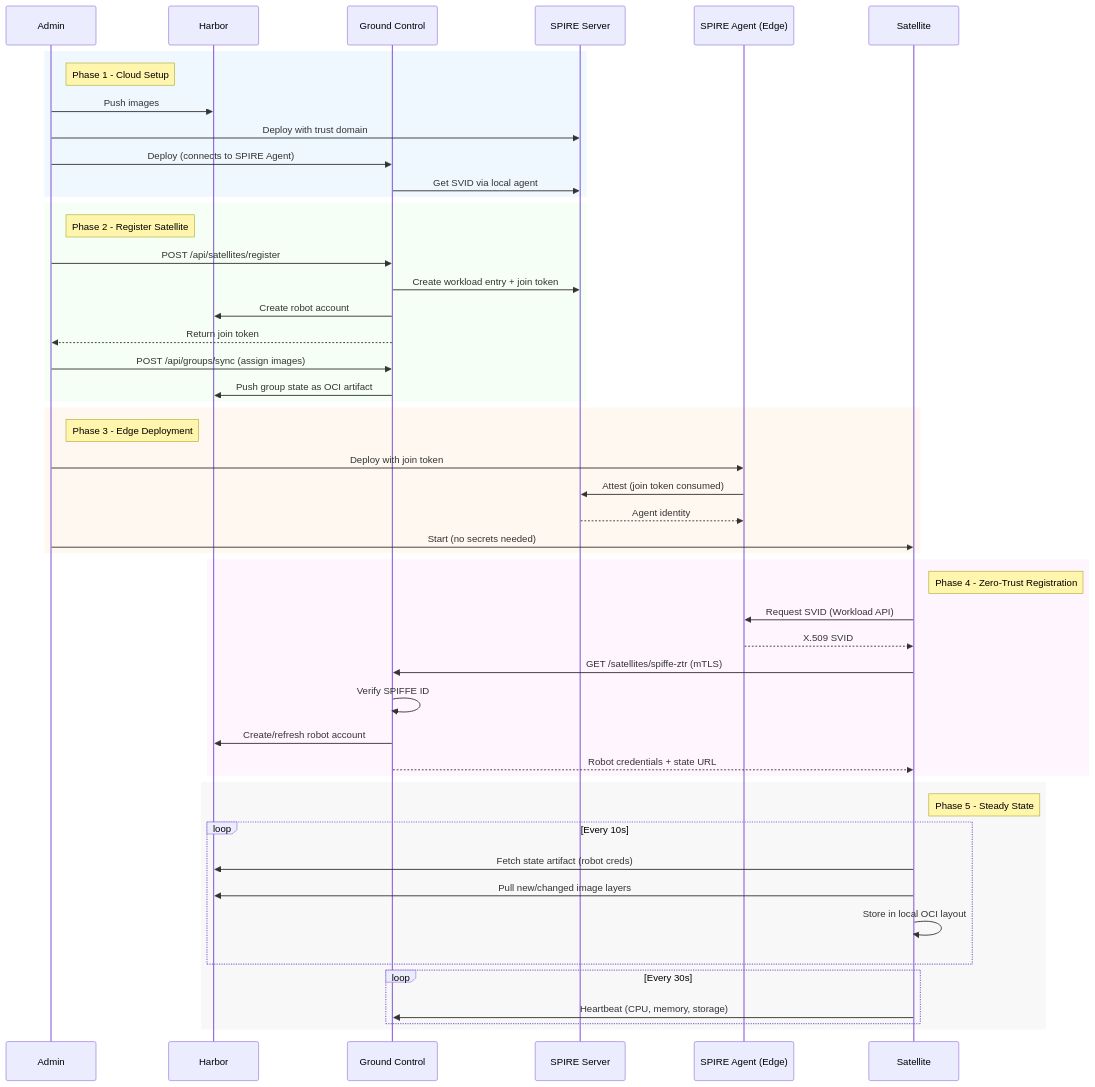
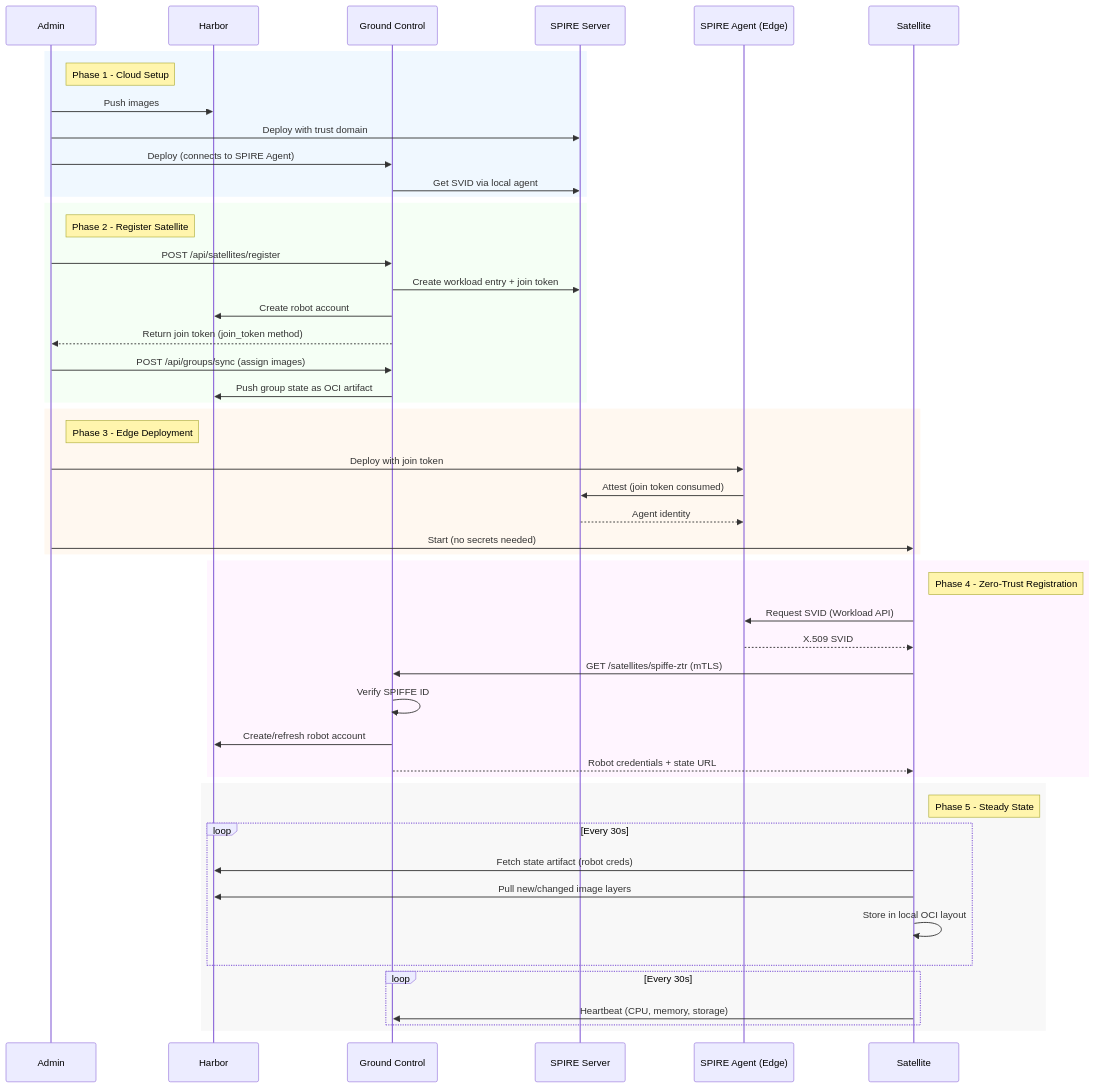
One commit to container-registry/harbor-satellite changed the second of 2 diagrams in website/content/docs/architecture.md. Above: the diagram before and after it, drawn with Mermaid. The commit also changed other lines of this file and 30 other files, not shown here.

````diff
--- a/website/content/docs/architecture.md
+++ b/website/content/docs/architecture.md
@@ -311,57 +319,57 @@
 ```mermaid
 sequenceDiagram
     participant Admin
     participant Harbor
     participant GC as Ground Control
     participant SpireServer as SPIRE Server
     participant SpireAgentSat as SPIRE Agent (Edge)
     participant Satellite
 
     rect rgb(240, 248, 255)
     note right of Admin: Phase 1 - Cloud Setup
     Admin->>Harbor: Push images
     Admin->>SpireServer: Deploy with trust domain
     Admin->>GC: Deploy (connects to SPIRE Agent)
     GC->>SpireServer: Get SVID via local agent
     end
 
     rect rgb(245, 255, 245)
     note right of Admin: Phase 2 - Register Satellite
     Admin->>GC: POST /api/satellites/register
     GC->>SpireServer: Create workload entry + join token
     GC->>Harbor: Create robot account
-    GC-->>Admin: Return join token
+    GC-->>Admin: Return join token (join_token method)
     Admin->>GC: POST /api/groups/sync (assign images)
     GC->>Harbor: Push group state as OCI artifact
     end
 
     rect rgb(255, 248, 240)
     note right of Admin: Phase 3 - Edge Deployment
     Admin->>SpireAgentSat: Deploy with join token
     SpireAgentSat->>SpireServer: Attest (join token consumed)
     SpireServer-->>SpireAgentSat: Agent identity
     Admin->>Satellite: Start (no secrets needed)
     end
 
     rect rgb(255, 245, 255)
     note right of Satellite: Phase 4 - Zero-Trust Registration
     Satellite->>SpireAgentSat: Request SVID (Workload API)
     SpireAgentSat-->>Satellite: X.509 SVID
     Satellite->>GC: GET /satellites/spiffe-ztr (mTLS)
     GC->>GC: Verify SPIFFE ID
     GC->>Harbor: Create/refresh robot account
     GC-->>Satellite: Robot credentials + state URL
     end
 
     rect rgb(248, 248, 248)
     note right of Satellite: Phase 5 - Steady State
-    loop Every 10s
+    loop Every 30s
         Satellite->>Harbor: Fetch state artifact (robot creds)
         Satellite->>Harbor: Pull new/changed image layers
         Satellite->>Satellite: Store in local OCI layout
     end
     loop Every 30s
         Satellite->>GC: Heartbeat (CPU, memory, storage)
     end
     end
 ```
````
